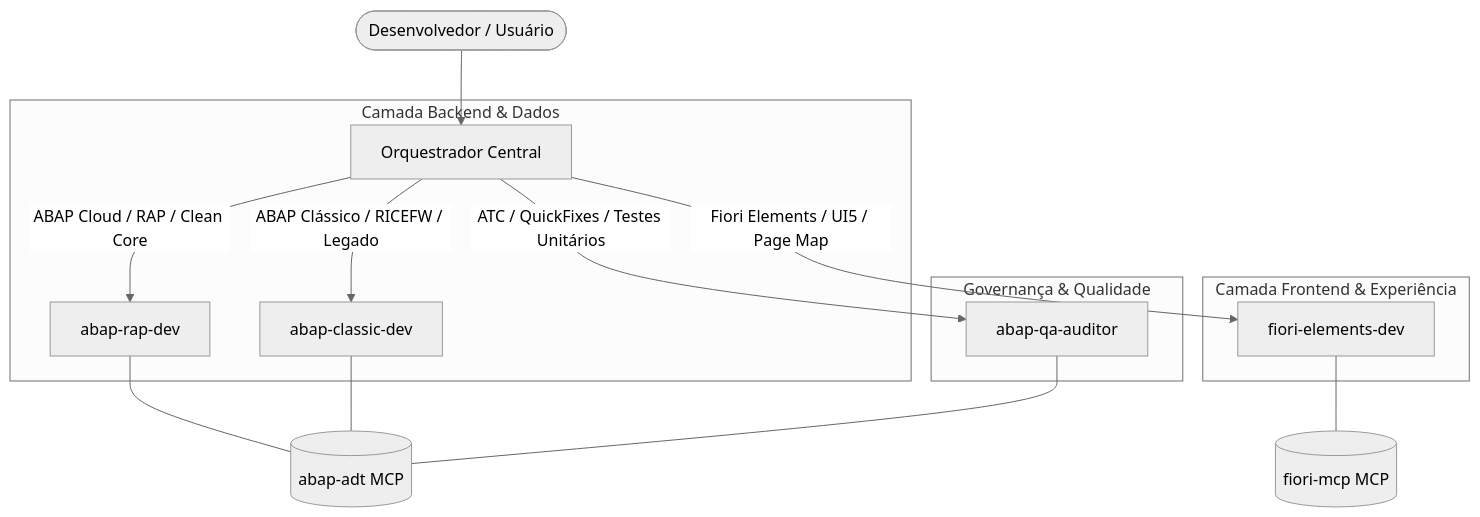
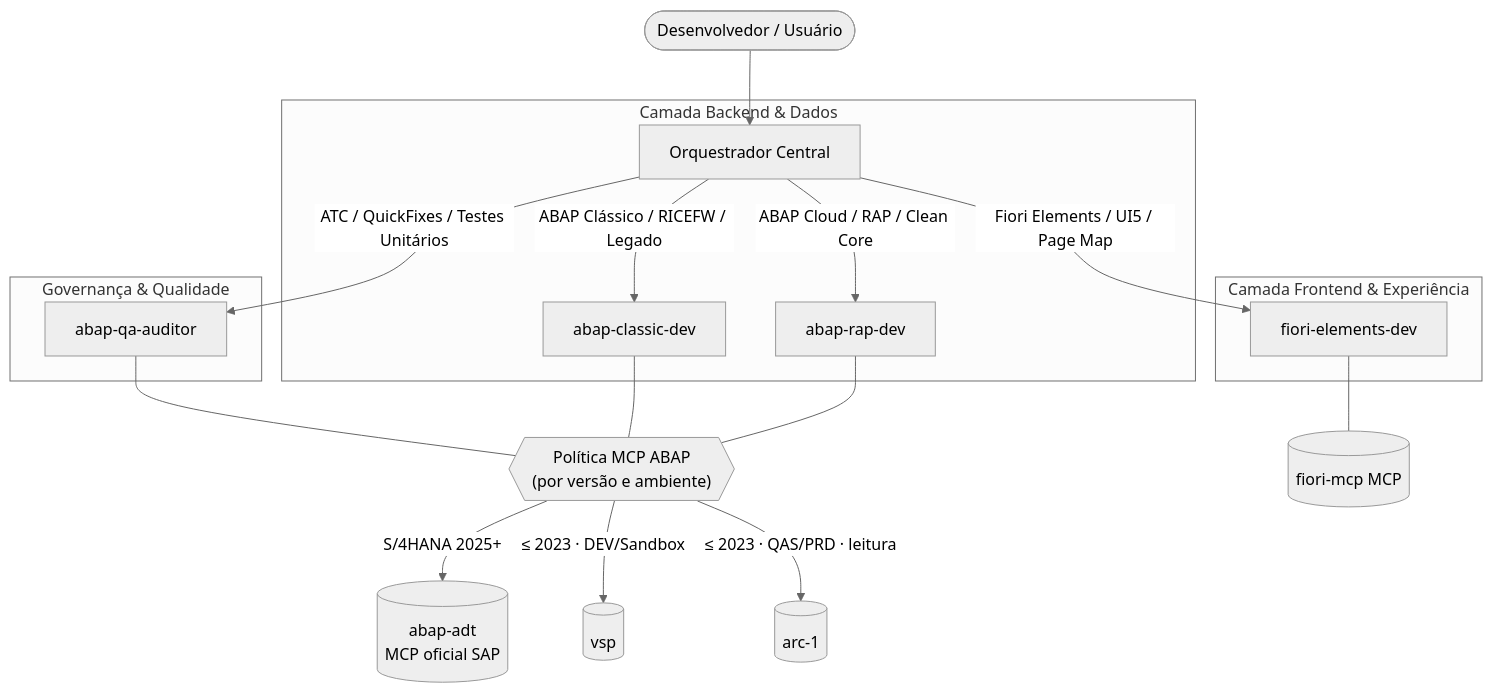
Before and after one commit to josevictormartinsdasilva/abap-full-stack-sample: the diagram in README.md, drawn with Mermaid (neutral theme). The commit also changed other lines of this file and 32 other files, not shown here.

First line of the commit message:
Adiciona política de seleção de MCP ABAP por versão e ambiente (ADR-0009)

````diff
--- a/README.md
+++ b/README.md
@@ -11,22 +11,25 @@
 ```mermaid
 flowchart TD
     User([Desenvolvedor / Usuário]) --> Lead[Orquestrador Central]
 
     subgraph Backend_Layer["Camada Backend & Dados"]
         Lead -->|ABAP Cloud / RAP / Clean Core| RAP["abap-rap-dev"]
         Lead -->|ABAP Clássico / RICEFW / Legado| Classic["abap-classic-dev"]
     end
 
     subgraph Frontend_Layer["Camada Frontend & Experiência"]
         Lead -->|Fiori Elements / UI5 / Page Map| Fiori["fiori-elements-dev"]
     end
 
     subgraph Quality_Layer["Governança & Qualidade"]
         Lead -->|ATC / QuickFixes / Testes Unitários| QA["abap-qa-auditor"]
     end
 
-    RAP --- ADT_MCP[(abap-adt MCP)]
-    Classic --- ADT_MCP
+    RAP --- SAP_MCP{{"Política MCP ABAP<br/>(por versão e ambiente)"}}
+    Classic --- SAP_MCP
+    QA --- SAP_MCP
+    SAP_MCP -->|S/4HANA 2025+| ADT_MCP[(abap-adt<br/>MCP oficial SAP)]
+    SAP_MCP -->|≤ 2023 · DEV/Sandbox| VSP_MCP[(vsp)]
+    SAP_MCP -->|≤ 2023 · QAS/PRD · leitura| ARC_MCP[(arc-1)]
     Fiori --- FIORI_MCP[(fiori-mcp MCP)]
-    QA --- ADT_MCP
 ```
````
